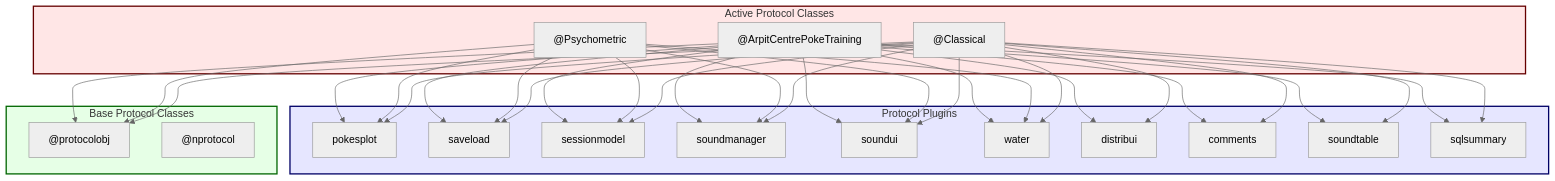
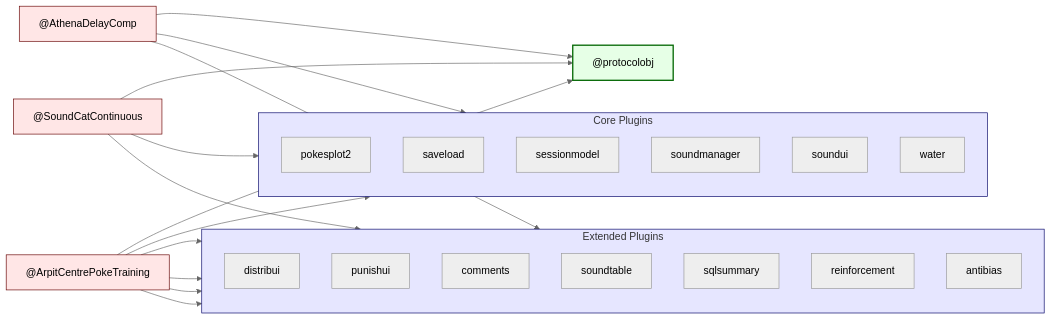
Before and after one commit to LIMLabSWC/ratter: the fourth of 4 diagrams in docs/architecture/system-architecture.md, drawn with Mermaid (neutral theme). The commit also changed other lines of this file, not shown here.

Commit message:
update architecture graphs

````diff
--- a/docs/architecture/system-architecture.md
+++ b/docs/architecture/system-architecture.md
@@ -170,44 +174,52 @@
 ```mermaid
-graph TD
-    subgraph Base ["Base Protocol Classes"]
-        PO["@protocolobj"]
-        NP["@nprotocol"]
-    end
+graph LR
+    %% Base Protocol
+    Base["@protocolobj"]
+    
+    %% Active Protocols
+    AD["@AthenaDelayComp"]
+    SC["@SoundCatContinuous"]
+    AC["@ArpitCentrePokeTraining"]
 
-    subgraph Plugins ["Protocol Plugins"]
-        PP["pokesplot"]
+    %% Plugin Groups
+    subgraph Core ["Core Plugins"]
+        direction TB
+        PP["pokesplot2"]
         SL["saveload"]
         SM["sessionmodel"]
         SW["soundmanager"]
         SU["soundui"]
         WA["water"]
+    end
+
+    subgraph Extended ["Extended Plugins"]
+        direction TB
         DU["distribui"]
+        PU["punishui"]
         CO["comments"]
         ST["soundtable"]
         SQ["sqlsummary"]
+        RF["reinforcement"]
+        AB["antibias"]
     end
 
-    subgraph Active ["Active Protocol Classes"]
-        CL["@Classical"]
-        PS["@Psychometric"]
-        AC["@ArpitCentrePokeTraining"]
-    end
+    %% Inheritance
+    AD --> Base
+    SC --> Base
+    AC --> Base
 
-    %% Inheritance/Usage
-    CL --> PO
-    PS --> PO
-    AC --> PO
-    
-    CL --> PP & SL & SM & SW & SU & WA & DU & CO & ST & SQ
-    PS --> PP & SL & SM & SW & SU & WA
-    AC --> PP & SL & SM & SW & SU & WA & DU & CO & ST & SQ
+    %% Plugin Usage
+    AD --> Core & Extended
+    SC --> Core & Extended
+    AC --> Core
+    AC --> CO & ST & SQ & AB
 
     %% Style
-    classDef base fill:#e6ffe6,stroke:#060,stroke-width:2px;
-    classDef plugin fill:#e6e6ff,stroke:#006,stroke-width:2px;
-    classDef active fill:#ffe6e6,stroke:#600,stroke-width:2px;
+    classDef base fill:#e6ffe6,stroke:#060,stroke-width:2px
+    classDef active fill:#ffe6e6,stroke:#600,stroke-width:1px
+    classDef plugin fill:#e6e6ff,stroke:#006,stroke-width:1px
     
-    class Base base;
-    class Plugins plugin;
-    class Active active;
+    class Base base
+    class AD,SC,AC active
+    class Core,Extended plugin
 ``` 
````
